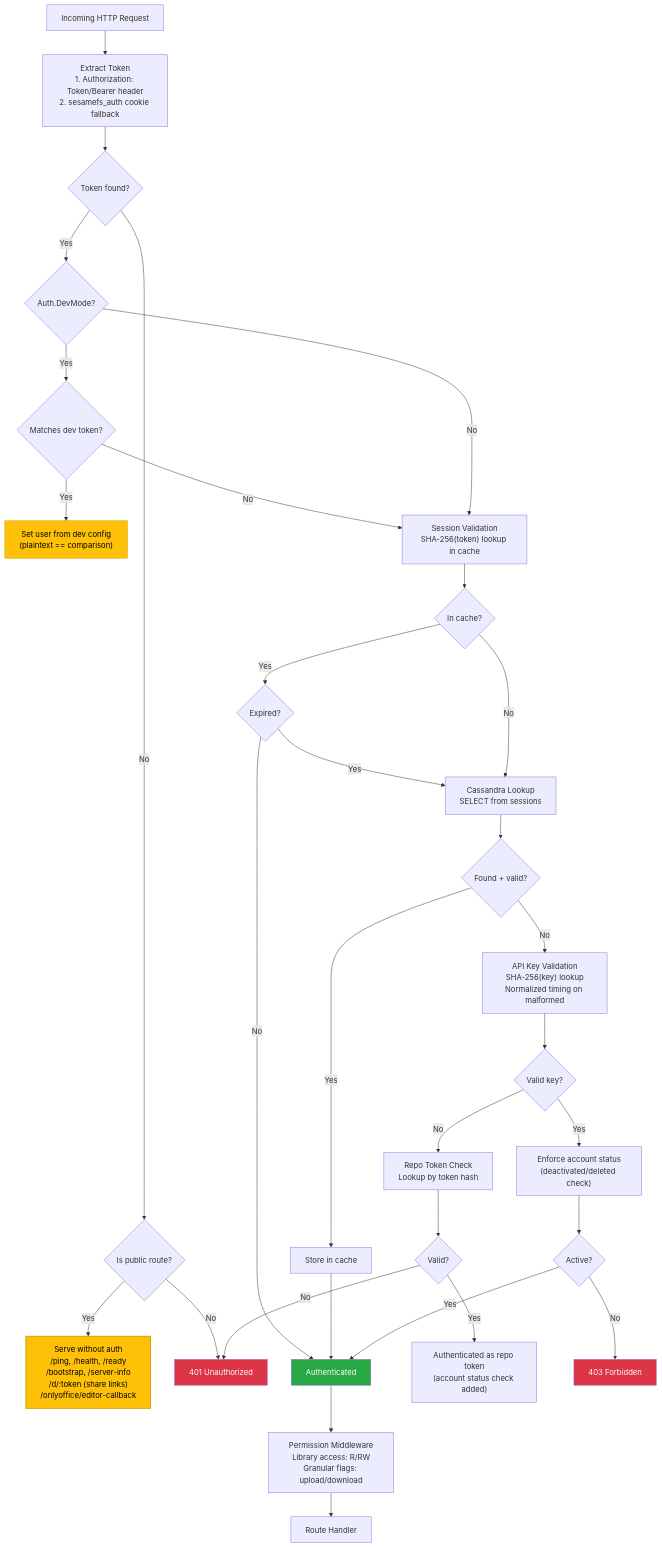
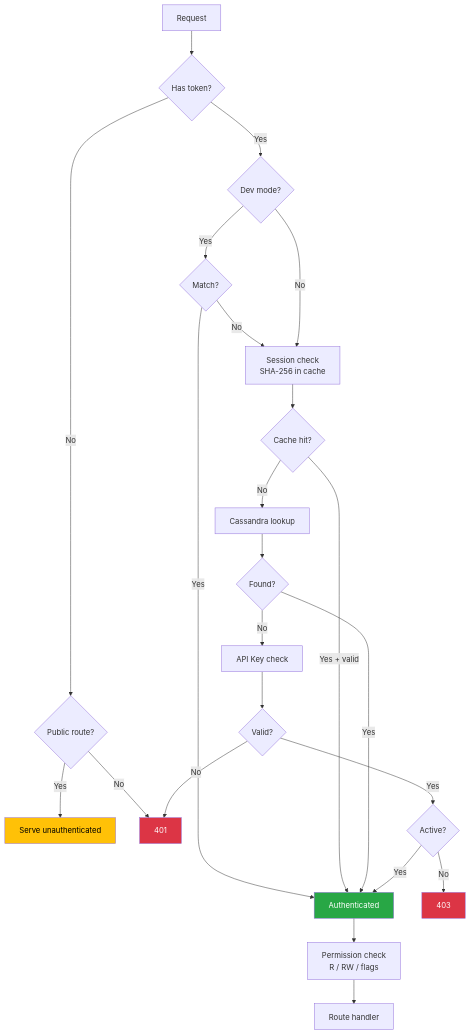
One commit to Sesame-Disk/cool-storage-api changed the first of 2 diagrams in docs/diagrams/security-layer.md. Above: the diagram before and after it, drawn with Mermaid. The commit also changed other lines of this file and 5 other files, not shown here.

Commit message:
Fix: mermaid diagram generator visibility. Adding diagrams and reviewing previous review fixes

````diff
--- a/docs/diagrams/security-layer.md
+++ b/docs/diagrams/security-layer.md
@@ -5,46 +5,34 @@
 ```mermaid
 flowchart TD
-    Request["Incoming HTTP Request"] --> Extract["Extract Token<br/>1. Authorization: Token/Bearer header<br/>2. sesamefs_auth cookie fallback"]
+    Req["Request"] --> Token{"Has token?"}
 
-    Extract --> HasToken{"Token found?"}
-    HasToken -->|"No"| PublicRoute{"Is public route?"}
-    PublicRoute -->|"Yes"| Public["Serve without auth<br/>/ping, /health, /ready<br/>/bootstrap, /server-info<br/>/d/:token (share links)<br/>/onlyoffice/editor-callback"]
-    PublicRoute -->|"No"| Reject401["401 Unauthorized"]
+    Token -->|No| PubRoute{"Public route?"}
+    PubRoute -->|Yes| Serve["Serve unauthenticated"]
+    PubRoute -->|No| R401["401"]
 
-    HasToken -->|"Yes"| DevMode{"Auth.DevMode?"}
-    DevMode -->|"Yes"| DevMatch{"Matches dev token?"}
-    DevMatch -->|"Yes"| DevAuth["Set user from dev config<br/>(plaintext == comparison)"]
-    DevMatch -->|"No"| SessionCheck
+    Token -->|Yes| Dev{"Dev mode?"}
+    Dev -->|Yes| DevMatch{"Match?"}
+    DevMatch -->|Yes| OK["Authenticated"]
+    DevMatch -->|No| Session
 
-    DevMode -->|"No"| SessionCheck["Session Validation<br/>SHA-256(token) lookup in cache"]
-    SessionCheck --> CacheHit{"In cache?"}
-    CacheHit -->|"Yes"| CheckExpiry{"Expired?"}
-    CheckExpiry -->|"No"| Authenticated["Authenticated"]
-    CheckExpiry -->|"Yes"| DBLookup
+    Dev -->|No| Session["Session check<br/>SHA-256 in cache"]
+    Session --> Hit{"Cache hit?"}
+    Hit -->|Yes + valid| OK
+    Hit -->|No| DB["Cassandra lookup"]
+    DB --> DBOk{"Found?"}
+    DBOk -->|Yes| OK
+    DBOk -->|No| APIKey["API Key check"]
+    APIKey --> KeyOk{"Valid?"}
+    KeyOk -->|Yes| Status{"Active?"}
+    Status -->|Yes| OK
+    Status -->|No| R403["403"]
+    KeyOk -->|No| R401
 
-    CacheHit -->|"No"| DBLookup["Cassandra Lookup<br/>SELECT from sessions"]
-    DBLookup --> Found{"Found + valid?"}
-    Found -->|"Yes"| CacheStore["Store in cache"] --> Authenticated
-    Found -->|"No"| APIKeyCheck["API Key Validation<br/>SHA-256(key) lookup<br/>Normalized timing on malformed"]
+    OK --> Perm["Permission check<br/>R / RW / flags"]
+    Perm --> Handler["Route handler"]
 
-    APIKeyCheck --> KeyValid{"Valid key?"}
-    KeyValid -->|"Yes"| EnforceStatus["Enforce account status<br/>(deactivated/deleted check)"]
-    KeyValid -->|"No"| RepoTokenCheck["Repo Token Check<br/>Lookup by token hash"]
-
-    RepoTokenCheck --> RepoValid{"Valid?"}
-    RepoValid -->|"Yes"| RepoAuth["Authenticated as repo token<br/>(account status check added)"]
-    RepoValid -->|"No"| Reject401
-
-    EnforceStatus --> StatusOK{"Active?"}
-    StatusOK -->|"Yes"| Authenticated
-    StatusOK -->|"No"| Reject403["403 Forbidden"]
-
-    Authenticated --> PermCheck["Permission Middleware<br/>Library access: R/RW<br/>Granular flags: upload/download"]
-    PermCheck --> Handler["Route Handler"]
-
-    style Public fill:#ffc107,color:#000,stroke:#d4a106,stroke-width:2px
-    style DevAuth fill:#ffc107,color:#000,stroke:#d4a106
-    style Authenticated fill:#28a745,color:#fff
-    style Reject401 fill:#dc3545,color:#fff
-    style Reject403 fill:#dc3545,color:#fff
+    style OK fill:#28a745,color:#fff
+    style R401 fill:#dc3545,color:#fff
+    style R403 fill:#dc3545,color:#fff
+    style Serve fill:#ffc107,color:#000
 ```
````
